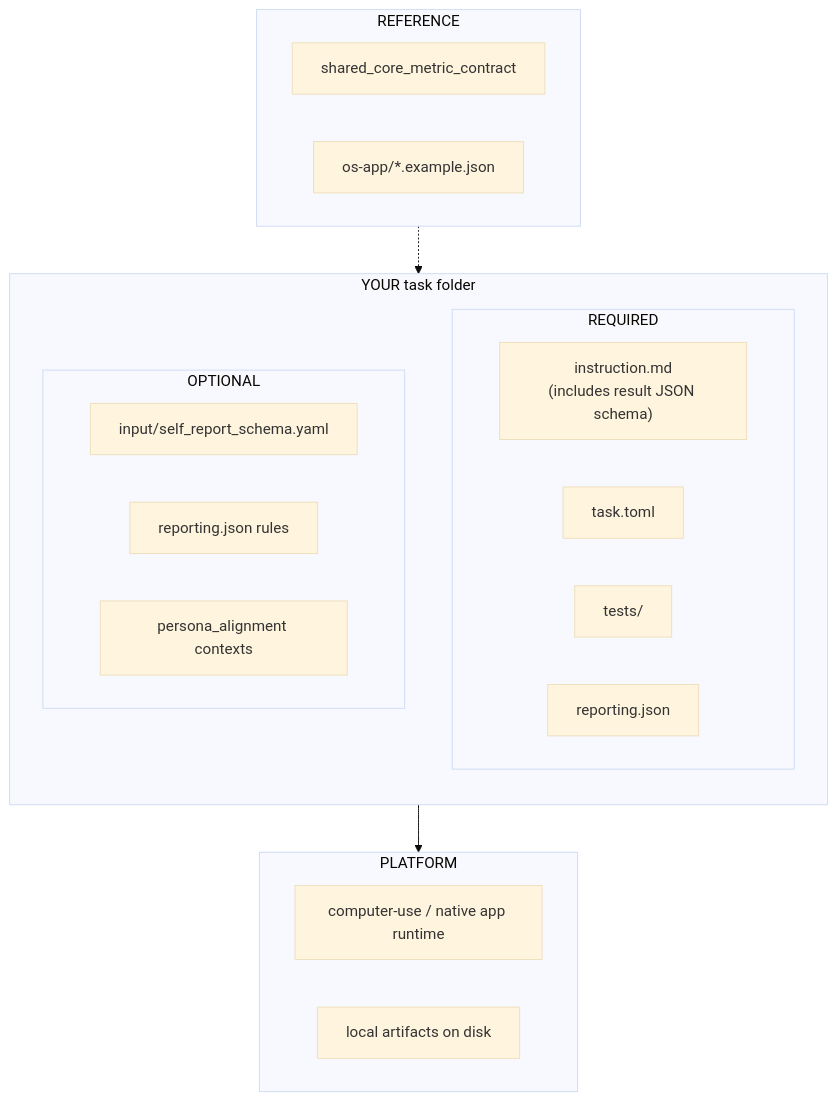
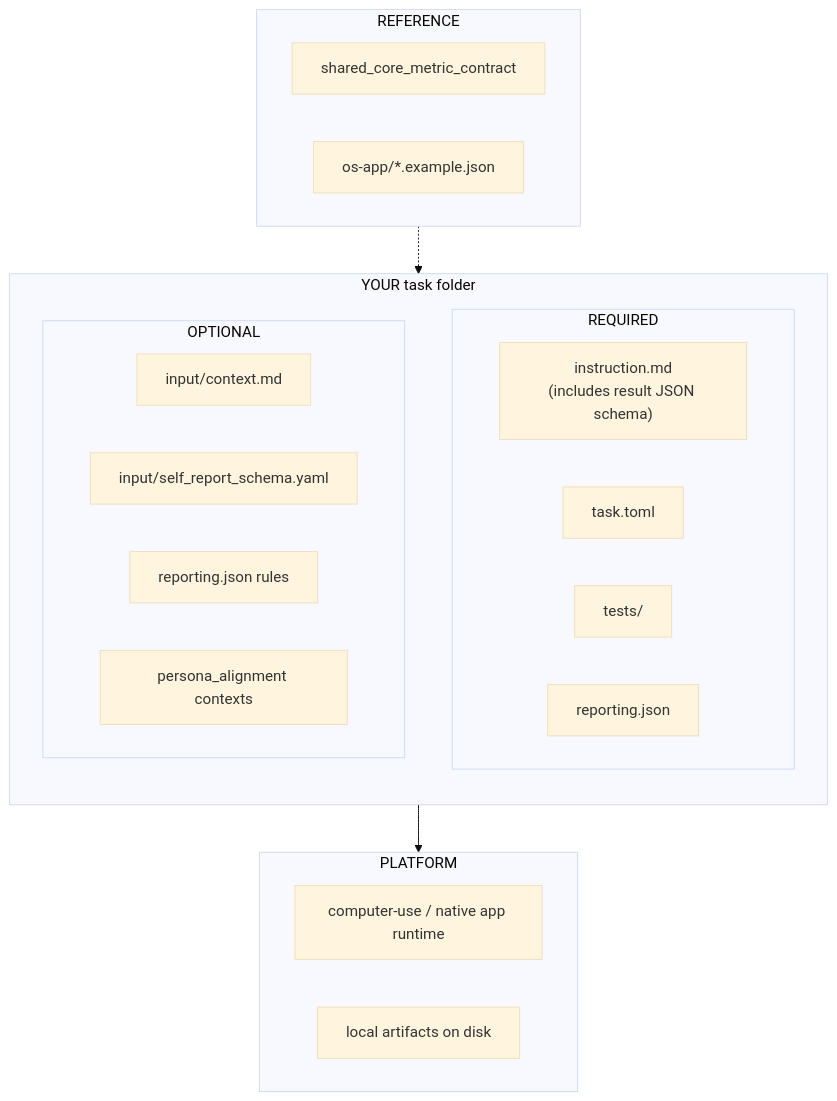
One commit to MatrAIx-ai/MatrAIx changed the diagram in application/task-spec/os-app/README.md. Above: the diagram before and after it, drawn with Mermaid (base theme). The commit also changed other lines of this file and 20 other files, not shown here.

First line of the commit message:
Unify web and os-app tasks on optional input/context.md. (#186)

````diff
--- a/application/task-spec/os-app/README.md
+++ b/application/task-spec/os-app/README.md
@@ -10,31 +10,32 @@
 ```mermaid
 flowchart TB
   subgraph folder ["YOUR task folder"]
     direction TB
     subgraph O_REQ ["REQUIRED"]
       direction LR
       o_inst["instruction.md<br/>(includes result JSON schema)"]
       o_toml["task.toml"]
       o_test["tests/"]
       o_rep["reporting.json"]
     end
     subgraph O_OPT ["OPTIONAL"]
       direction LR
+      o_ctx["input/context.md"]
       o_self["input/self_report_schema.yaml"]
       o_rep2["reporting.json rules"]
       o_pers["persona_alignment contexts"]
     end
   end
   subgraph O_PLAT ["PLATFORM"]
     direction LR
     o_cu["computer-use / native app runtime"]
     o_local["local artifacts on disk"]
   end
   subgraph O_REF ["REFERENCE"]
     direction LR
     o_core["shared_core_metric_contract"]
     o_ex["os-app/*.example.json"]
   end
   O_REQ --> O_PLAT
   O_REF -.-> folder
 ```
````
